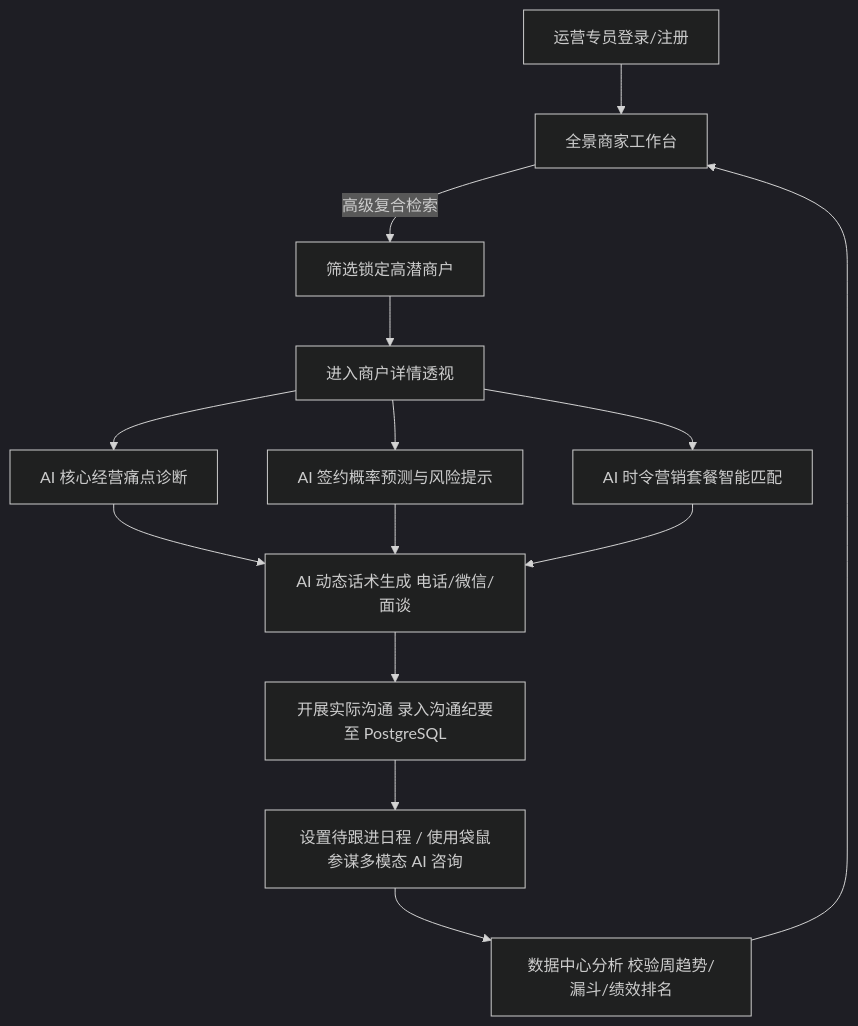
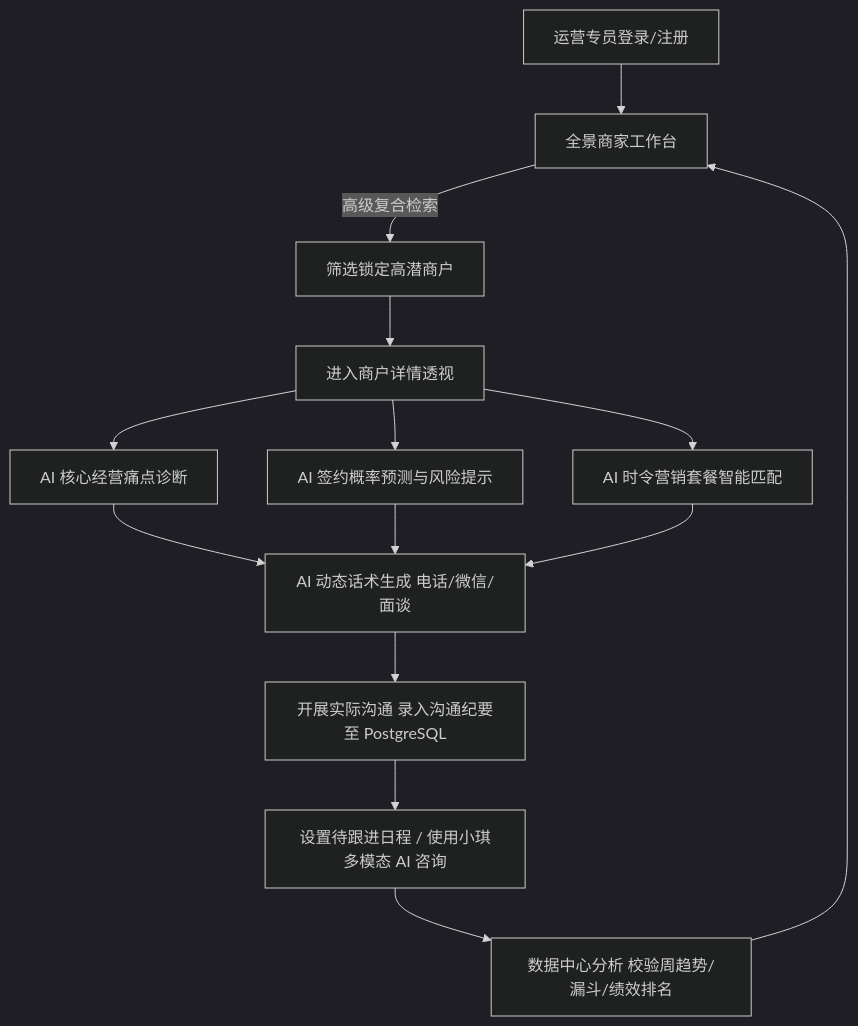
The diagram in README.md (wyxpro/Meitx), drawn with Mermaid (dark theme) before and after one commit. The commit also changed other lines of this file and 10 other files, not shown here.

````diff
--- a/README.md
+++ b/README.md
@@ -100,14 +100,14 @@
 ```mermaid
 graph TD
     A[运营专员登录/注册] --> B[全景商家工作台]
     B -->|高级复合检索| C[筛选锁定高潜商户]
     C --> D[进入商户详情透视]
     D --> E1[AI 核心经营痛点诊断]
     D --> E2[AI 签约概率预测与风险提示]
     D --> E3[AI 时令营销套餐智能匹配]
     E1 & E2 & E3 --> F[AI 动态话术生成 电话/微信/面谈]
     F --> G[开展实际沟通 录入沟通纪要至 PostgreSQL]
-    G --> H[设置待跟进日程 / 使用袋鼠参谋多模态 AI 咨询]
+    G --> H[设置待跟进日程 / 使用小琪多模态 AI 咨询]
     H --> I[数据中心分析 校验周趋势/漏斗/绩效排名]
     I --> B
 ```
````
